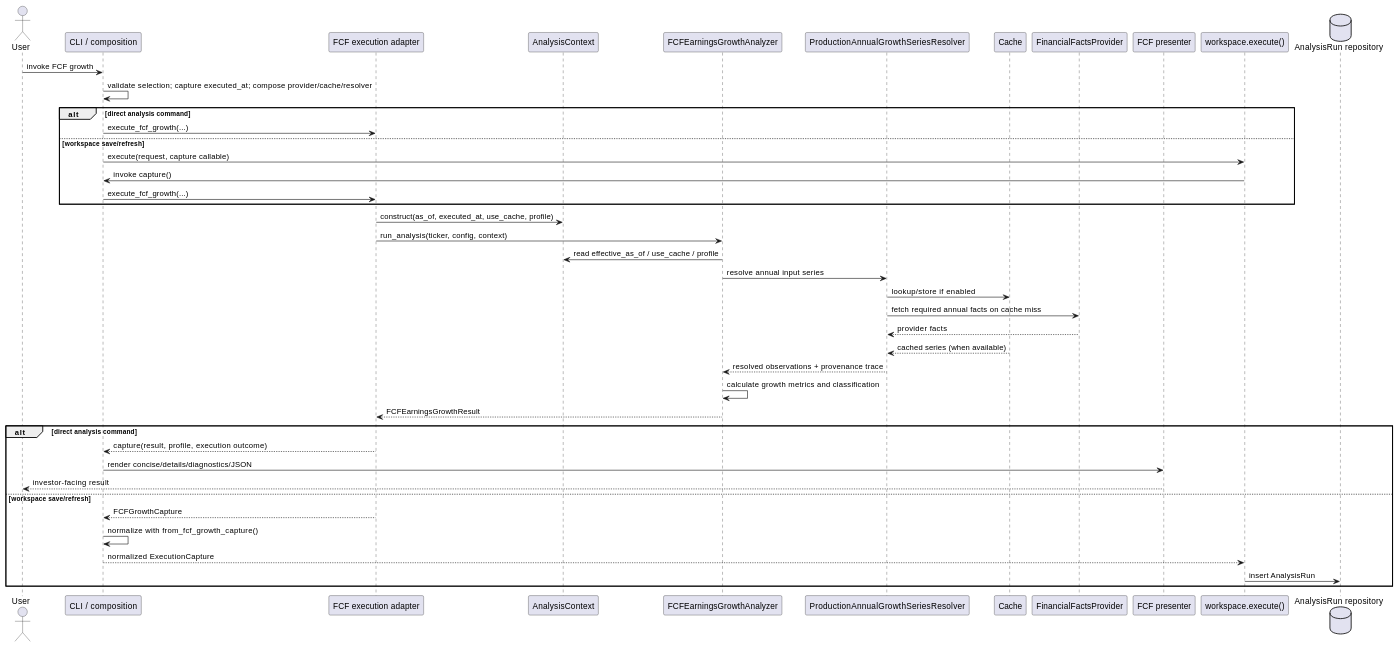
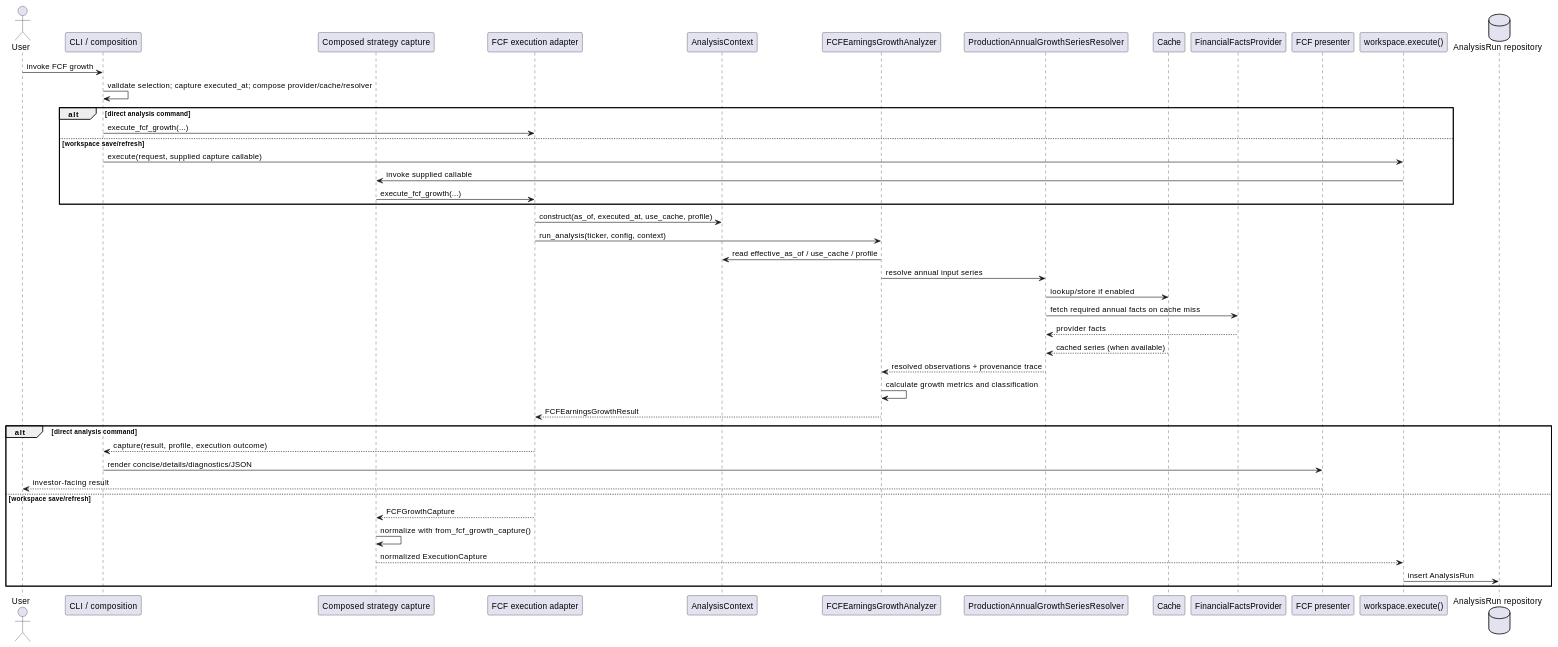
One commit to PeterPontbriand/investment-analysis-engine changed the second of 2 diagrams in docs/project/ANALYSIS_STRATEGY_CONTRIBUTOR_GUIDE.md. Above: the diagram before and after it, drawn with PlantUML. The commit also changed other lines of this file and 2 other files, not shown here.

Commit message:
docs: address review feedback on documentation

````diff
--- a/docs/project/ANALYSIS_STRATEGY_CONTRIBUTOR_GUIDE.md
+++ b/docs/project/ANALYSIS_STRATEGY_CONTRIBUTOR_GUIDE.md
@@ -80,46 +82,47 @@
 ```plantuml
 @startuml
 actor User
 participant "CLI / composition" as CLI
+participant "Composed strategy capture" as Capture
 participant "FCF execution adapter" as Adapter
 participant "AnalysisContext" as Context
 participant "FCFEarningsGrowthAnalyzer" as Analyzer
 participant "ProductionAnnualGrowthSeriesResolver" as Resolver
 participant "Cache" as Cache
 participant "FinancialFactsProvider" as Provider
 participant "FCF presenter" as Presenter
 participant "workspace.execute()" as Workspace
 database "AnalysisRun repository" as Repo
 
 User -> CLI : invoke FCF growth
 CLI -> CLI : validate selection; capture executed_at; compose provider/cache/resolver
 alt direct analysis command
   CLI -> Adapter : execute_fcf_growth(...)
 else workspace save/refresh
-  CLI -> Workspace : execute(request, capture callable)
-  Workspace -> CLI : invoke capture()
-  CLI -> Adapter : execute_fcf_growth(...)
+  CLI -> Workspace : execute(request, supplied capture callable)
+  Workspace -> Capture : invoke supplied callable
+  Capture -> Adapter : execute_fcf_growth(...)
 end
 Adapter -> Context : construct(as_of, executed_at, use_cache, profile)
 Adapter -> Analyzer : run_analysis(ticker, config, context)
 Analyzer -> Context : read effective_as_of / use_cache / profile
 Analyzer -> Resolver : resolve annual input series
 Resolver -> Cache : lookup/store if enabled
 Resolver -> Provider : fetch required annual facts on cache miss
 Provider --> Resolver : provider facts
 Cache --> Resolver : cached series (when available)
 Resolver --> Analyzer : resolved observations + provenance trace
 Analyzer -> Analyzer : calculate growth metrics and classification
 Analyzer --> Adapter : FCFEarningsGrowthResult
 alt direct analysis command
   Adapter --> CLI : capture(result, profile, execution outcome)
   CLI -> Presenter : render concise/details/diagnostics/JSON
   Presenter --> User : investor-facing result
 else workspace save/refresh
-  Adapter --> CLI : FCFGrowthCapture
-  CLI -> CLI : normalize with from_fcf_growth_capture()
-  CLI --> Workspace : normalized ExecutionCapture
+  Adapter --> Capture : FCFGrowthCapture
+  Capture -> Capture : normalize with from_fcf_growth_capture()
+  Capture --> Workspace : normalized ExecutionCapture
   Workspace -> Repo : insert AnalysisRun
 end
 @enduml
 ```
````
